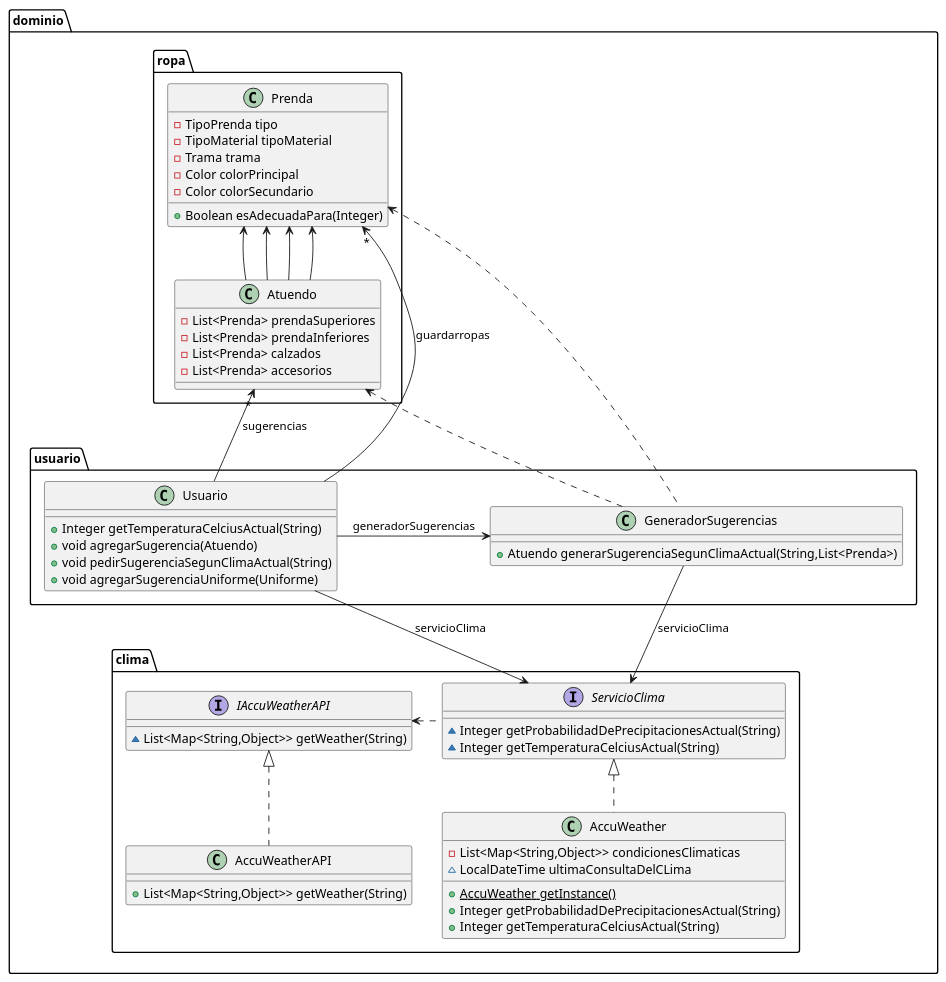
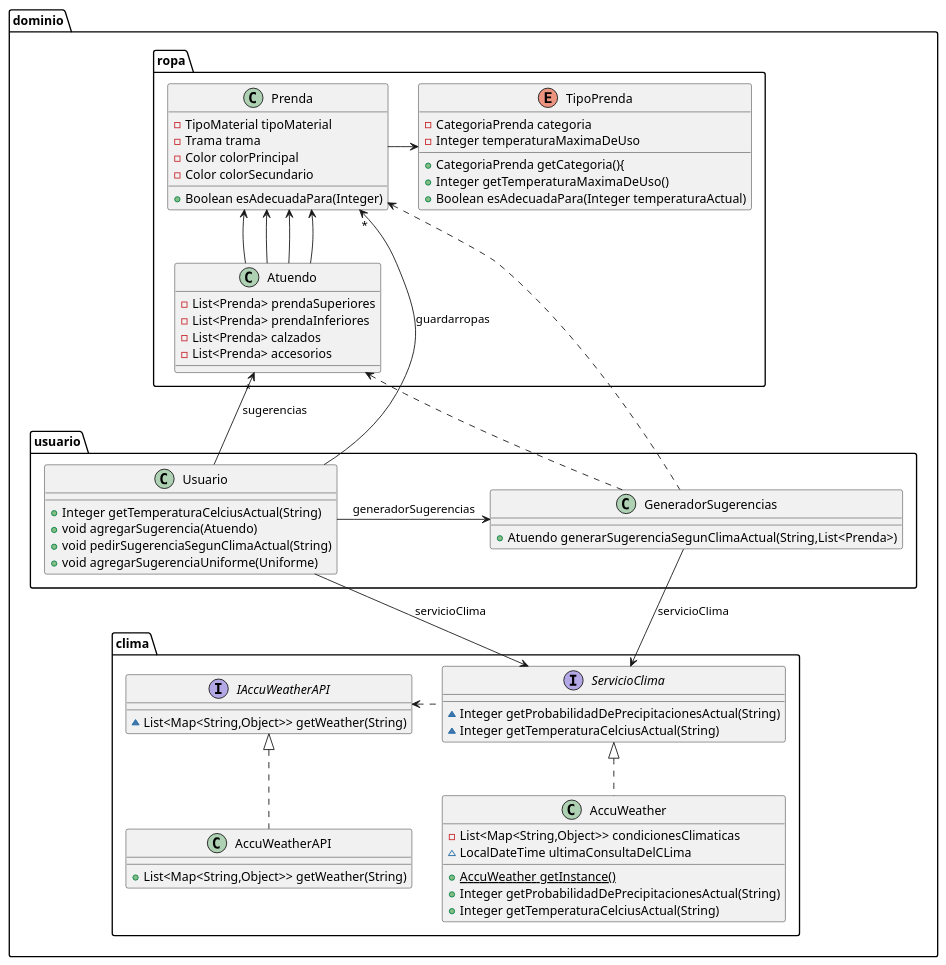
The diagram in diagramas/qmp4-resumido.puml (AlejandroDeheza/QMP), drawn with PlantUML before and after one commit. The commit also changed 2 other files, not shown here.

Commit message:
Actualizo diagramas

```diff
--- a/diagramas/qmp4-resumido.puml
+++ b/diagramas/qmp4-resumido.puml
@@ -1,60 +1,68 @@
 @startuml
 class dominio.clima.AccuWeatherAPI {
 + List<Map<String,Object>> getWeather(String)
 }
 interface dominio.clima.IAccuWeatherAPI {
 ~ List<Map<String,Object>> getWeather(String)
 }
 class dominio.usuario.Usuario {
 + Integer getTemperaturaCelciusActual(String)
 + void agregarSugerencia(Atuendo)
 + void pedirSugerenciaSegunClimaActual(String)
 + void agregarSugerenciaUniforme(Uniforme)
 }
 class dominio.clima.AccuWeather {
 - List<Map<String,Object>> condicionesClimaticas
 ~ LocalDateTime ultimaConsultaDelCLima
 + {static} AccuWeather getInstance()
 + Integer getProbabilidadDePrecipitacionesActual(String)
 + Integer getTemperaturaCelciusActual(String)
 }
 class dominio.usuario.GeneradorSugerencias {
 + Atuendo generarSugerenciaSegunClimaActual(String,List<Prenda>)
 }
 interface dominio.clima.ServicioClima {
 ~ Integer getProbabilidadDePrecipitacionesActual(String)
 ~ Integer getTemperaturaCelciusActual(String)
 }
 class dominio.ropa.Prenda {
-- TipoPrenda tipo
 - TipoMaterial tipoMaterial
 - Trama trama
 - Color colorPrincipal
 - Color colorSecundario
 + Boolean esAdecuadaPara(Integer)
 }
 class dominio.ropa.Atuendo {
 - List<Prenda> prendaSuperiores
 - List<Prenda> prendaInferiores
 - List<Prenda> calzados
 - List<Prenda> accesorios
 }
+enum dominio.ropa.TipoPrenda {
+- CategoriaPrenda categoria
+- Integer temperaturaMaximaDeUso
++ CategoriaPrenda getCategoria(){
++ Integer getTemperaturaMaximaDeUso()
++ Boolean esAdecuadaPara(Integer temperaturaActual)
+}
+
+dominio.ropa.TipoPrenda <--left dominio.ropa.Prenda
 
 dominio.ropa.Prenda <-- dominio.ropa.Atuendo
 dominio.ropa.Prenda <-- dominio.ropa.Atuendo
 dominio.ropa.Prenda <-- dominio.ropa.Atuendo
 dominio.ropa.Prenda <-- dominio.ropa.Atuendo
 
 dominio.ropa.Prenda "*" <-- dominio.usuario.Usuario: guardarropas
 dominio.ropa.Atuendo "*" <-- dominio.usuario.Usuario: sugerencias
 dominio.usuario.GeneradorSugerencias <--left dominio.usuario.Usuario: generadorSugerencias
 dominio.clima.ServicioClima <--up dominio.usuario.Usuario: servicioClima
 dominio.clima.ServicioClima <--up dominio.usuario.GeneradorSugerencias: servicioClima
 dominio.clima.IAccuWeatherAPI <..right dominio.clima.ServicioClima
 dominio.ropa.Atuendo <.. dominio.usuario.GeneradorSugerencias
 dominio.ropa.Prenda <.. dominio.usuario.GeneradorSugerencias
 
 dominio.clima.IAccuWeatherAPI <|.. dominio.clima.AccuWeatherAPI
 dominio.clima.ServicioClima <|.. dominio.clima.AccuWeather
 
 @enduml
```
